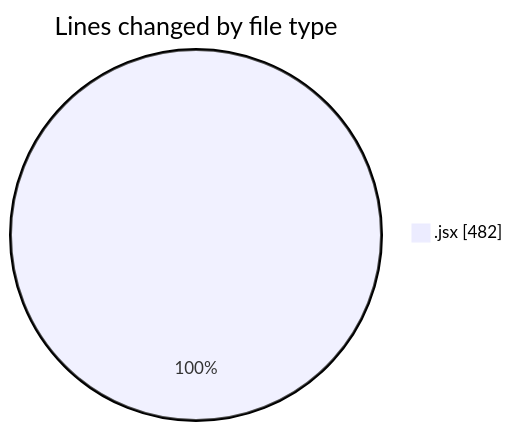
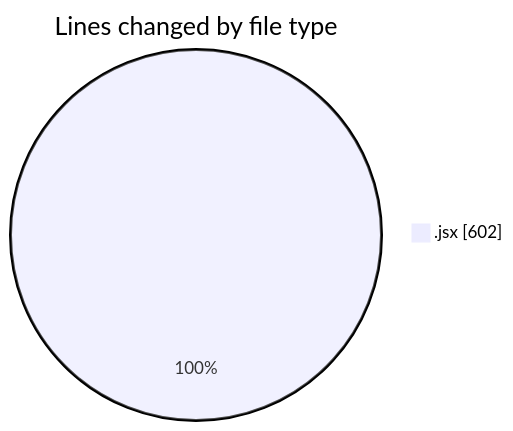
Before and after one commit to nxtqubesakshisongat/code-tracking: the first of 2 diagrams in 2025-05-14/argos-dev/README.md, drawn with Mermaid. The commit also changed other lines of this file and 1 other file, not shown here.

````diff
--- a/2025-05-14/argos-dev/README.md
+++ b/2025-05-14/argos-dev/README.md
@@ -20,5 +21,5 @@
 ```mermaid
 pie showData
 title Lines changed by file type
-".jsx" : 482
+".jsx" : 602
 ```
````
